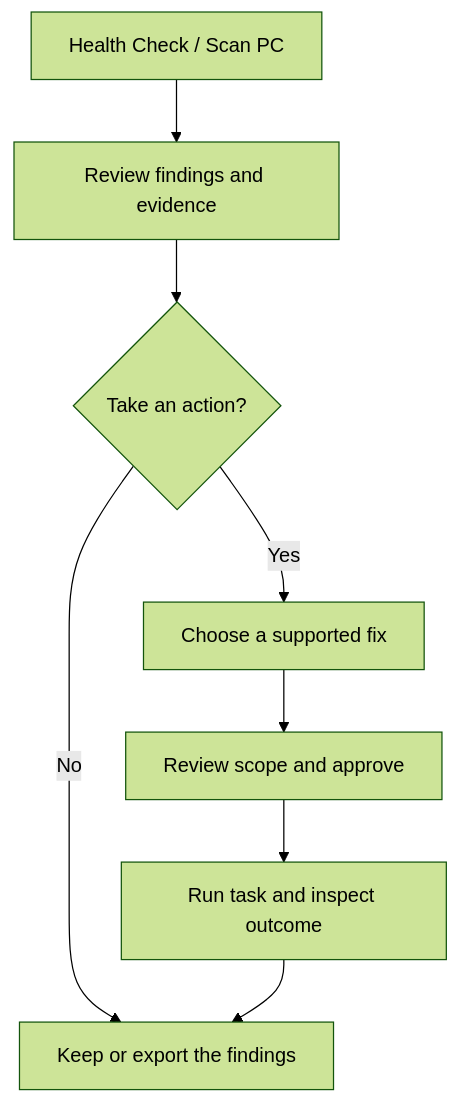
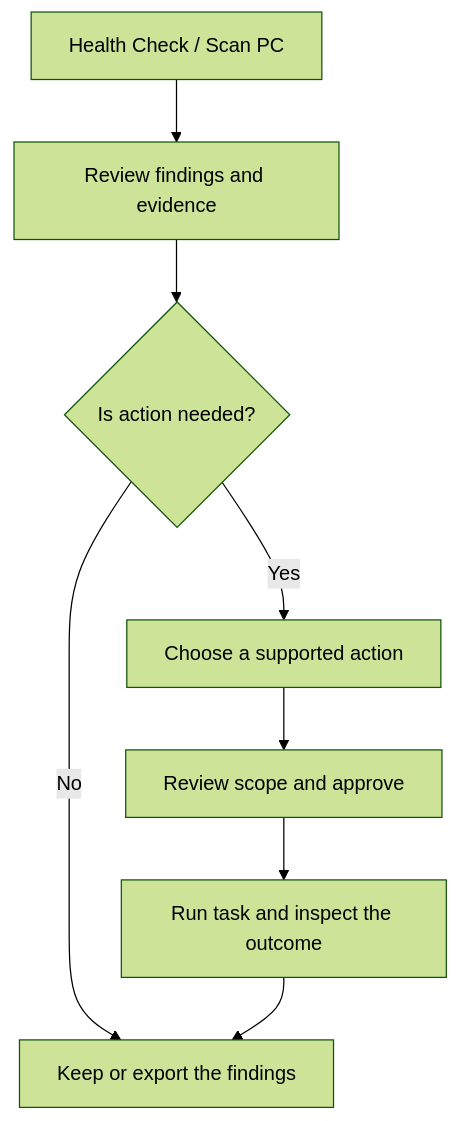
Before and after one commit to Beans-Melon/Forge-Sentinel-Releases: the first of 2 diagrams in README.md, drawn with Mermaid (forest theme). The commit also changed other lines of this file, not shown here.

````diff
--- a/README.md
+++ b/README.md
@@ -30,10 +53,10 @@
 ```mermaid
 flowchart TD
     A["Health Check / Scan PC"] --> B["Review findings and evidence"]
-    B --> C{"Take an action?"}
-    C -->|No| G["Keep or export the findings"]
-    C -->|Yes| D["Choose a supported fix"]
-    D --> E["Review scope and approve"]
-    E --> F["Run task and inspect outcome"]
-    F --> G
+    B --> C{"Is action needed?"}
+    C -->|No| D["Keep or export the findings"]
+    C -->|Yes| E["Choose a supported action"]
+    E --> F["Review scope and approve"]
+    F --> G["Run task and inspect the outcome"]
+    G --> D
 ```
````
